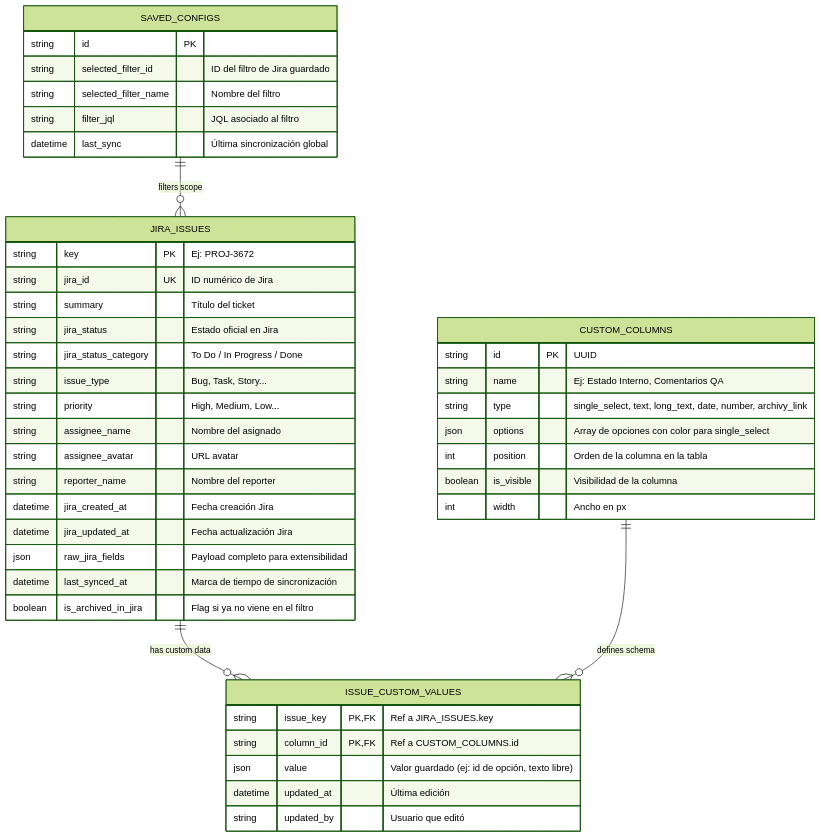
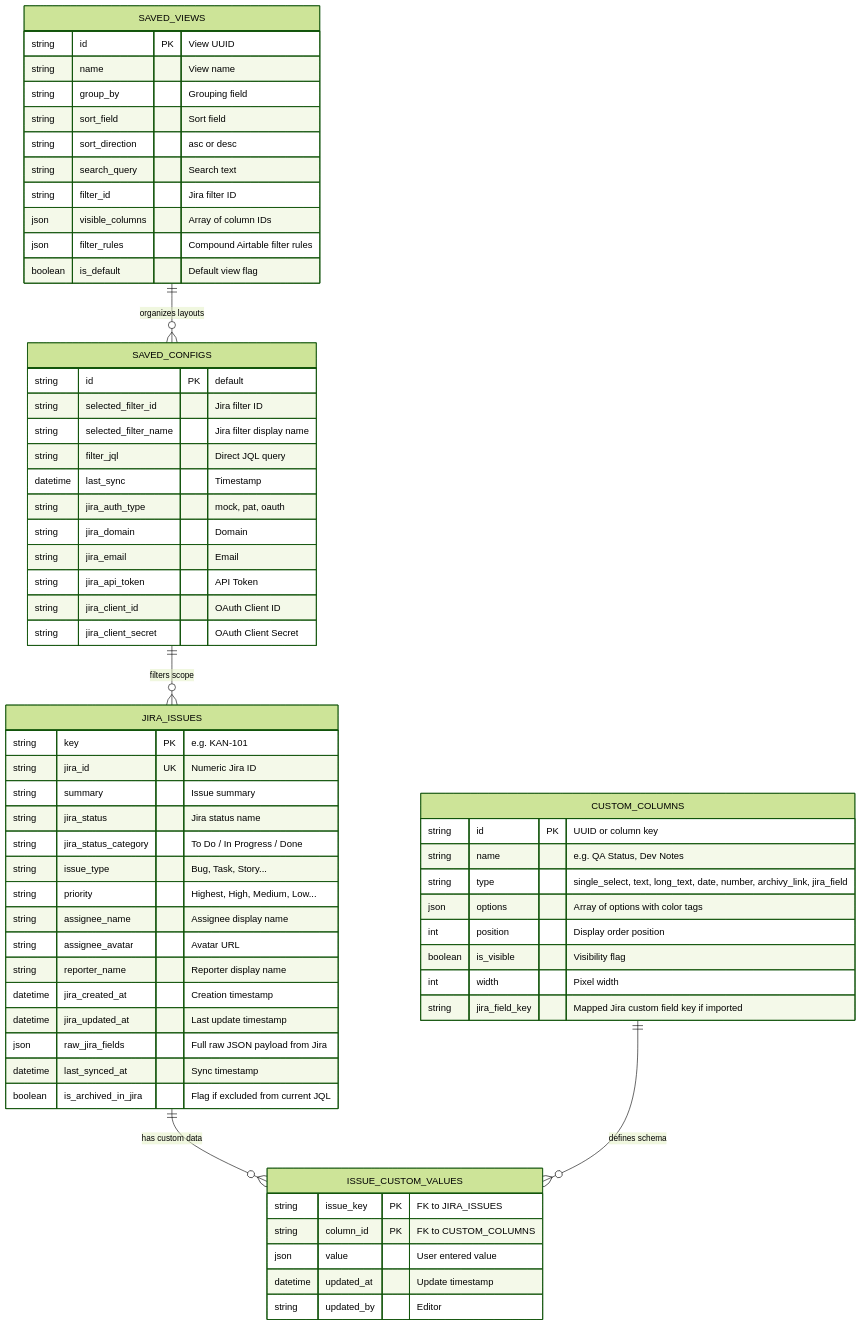
One commit to lasrv94/jira_quickgrid changed the diagram in plan.md. Above: the diagram before and after it, drawn with Mermaid (forest theme). The commit also changed other lines of this file and 4 other files, not shown here.

````diff
--- a/plan.md
+++ b/plan.md
@@ -31,50 +29,71 @@
 ```mermaid
 erDiagram
     JIRA_ISSUES ||--o{ ISSUE_CUSTOM_VALUES : "has custom data"
     CUSTOM_COLUMNS ||--o{ ISSUE_CUSTOM_VALUES : "defines schema"
     SAVED_CONFIGS ||--o{ JIRA_ISSUES : "filters scope"
+    SAVED_VIEWS ||--o{ SAVED_CONFIGS : "organizes layouts"
 
     JIRA_ISSUES {
-        string key PK "Ej: PROJ-3672"
-        string jira_id UK "ID numérico de Jira"
-        string summary "Título del ticket"
-        string jira_status "Estado oficial en Jira"
+        string key PK "e.g. KAN-101"
+        string jira_id UK "Numeric Jira ID"
+        string summary "Issue summary"
+        string jira_status "Jira status name"
         string jira_status_category "To Do / In Progress / Done"
         string issue_type "Bug, Task, Story..."
-        string priority "High, Medium, Low..."
-        string assignee_name "Nombre del asignado"
-        string assignee_avatar "URL avatar"
-        string reporter_name "Nombre del reporter"
-        datetime jira_created_at "Fecha creación Jira"
-        datetime jira_updated_at "Fecha actualización Jira"
-        json raw_jira_fields "Payload completo para extensibilidad"
-        datetime last_synced_at "Marca de tiempo de sincronización"
-        boolean is_archived_in_jira "Flag si ya no viene en el filtro"
+        string priority "Highest, High, Medium, Low..."
+        string assignee_name "Assignee display name"
+        string assignee_avatar "Avatar URL"
+        string reporter_name "Reporter display name"
+        datetime jira_created_at "Creation timestamp"
+        datetime jira_updated_at "Last update timestamp"
+        json raw_jira_fields "Full raw JSON payload from Jira"
+        datetime last_synced_at "Sync timestamp"
+        boolean is_archived_in_jira "Flag if excluded from current JQL"
     }
 
     CUSTOM_COLUMNS {
-        string id PK "UUID"
-        string name "Ej: Estado Interno, Comentarios QA"
-        string type "single_select, text, long_text, date, number, archivy_link"
-        json options "Array de opciones con color para single_select"
-        int position "Orden de la columna en la tabla"
-        boolean is_visible "Visibilidad de la columna"
-        int width "Ancho en px"
+        string id PK "UUID or column key"
+        string name "e.g. QA Status, Dev Notes"
+        string type "single_select, text, long_text, date, number, archivy_link, jira_field"
+        json options "Array of options with color tags"
+        int position "Display order position"
+        boolean is_visible "Visibility flag"
+        int width "Pixel width"
+        string jira_field_key "Mapped Jira custom field key if imported"
     }
 
     ISSUE_CUSTOM_VALUES {
-        string issue_key PK, FK "Ref a JIRA_ISSUES.key"
-        string column_id PK, FK "Ref a CUSTOM_COLUMNS.id"
-        json value "Valor guardado (ej: id de opción, texto libre)"
-        datetime updated_at "Última edición"
-        string updated_by "Usuario que editó"
+        string issue_key PK "FK to JIRA_ISSUES"
+        string column_id PK "FK to CUSTOM_COLUMNS"
+        json value "User entered value"
+        datetime updated_at "Update timestamp"
+        string updated_by "Editor"
     }
 
     SAVED_CONFIGS {
-        string id PK
-        string selected_filter_id "ID del filtro de Jira guardado"
-        string selected_filter_name "Nombre del filtro"
-        string filter_jql "JQL asociado al filtro"
-        datetime last_sync "Última sincronización global"
+        string id PK "default"
+        string selected_filter_id "Jira filter ID"
+        string selected_filter_name "Jira filter display name"
+        string filter_jql "Direct JQL query"
+        datetime last_sync "Timestamp"
+        string jira_auth_type "mock, pat, oauth"
+        string jira_domain "Domain"
+        string jira_email "Email"
+        string jira_api_token "API Token"
+        string jira_client_id "OAuth Client ID"
+        string jira_client_secret "OAuth Client Secret"
+    }
+
+    SAVED_VIEWS {
+        string id PK "View UUID"
+        string name "View name"
+        string group_by "Grouping field"
+        string sort_field "Sort field"
+        string sort_direction "asc or desc"
+        string search_query "Search text"
+        string filter_id "Jira filter ID"
+        json visible_columns "Array of column IDs"
+        json filter_rules "Compound Airtable filter rules"
+        boolean is_default "Default view flag"
     }
 ```
````
